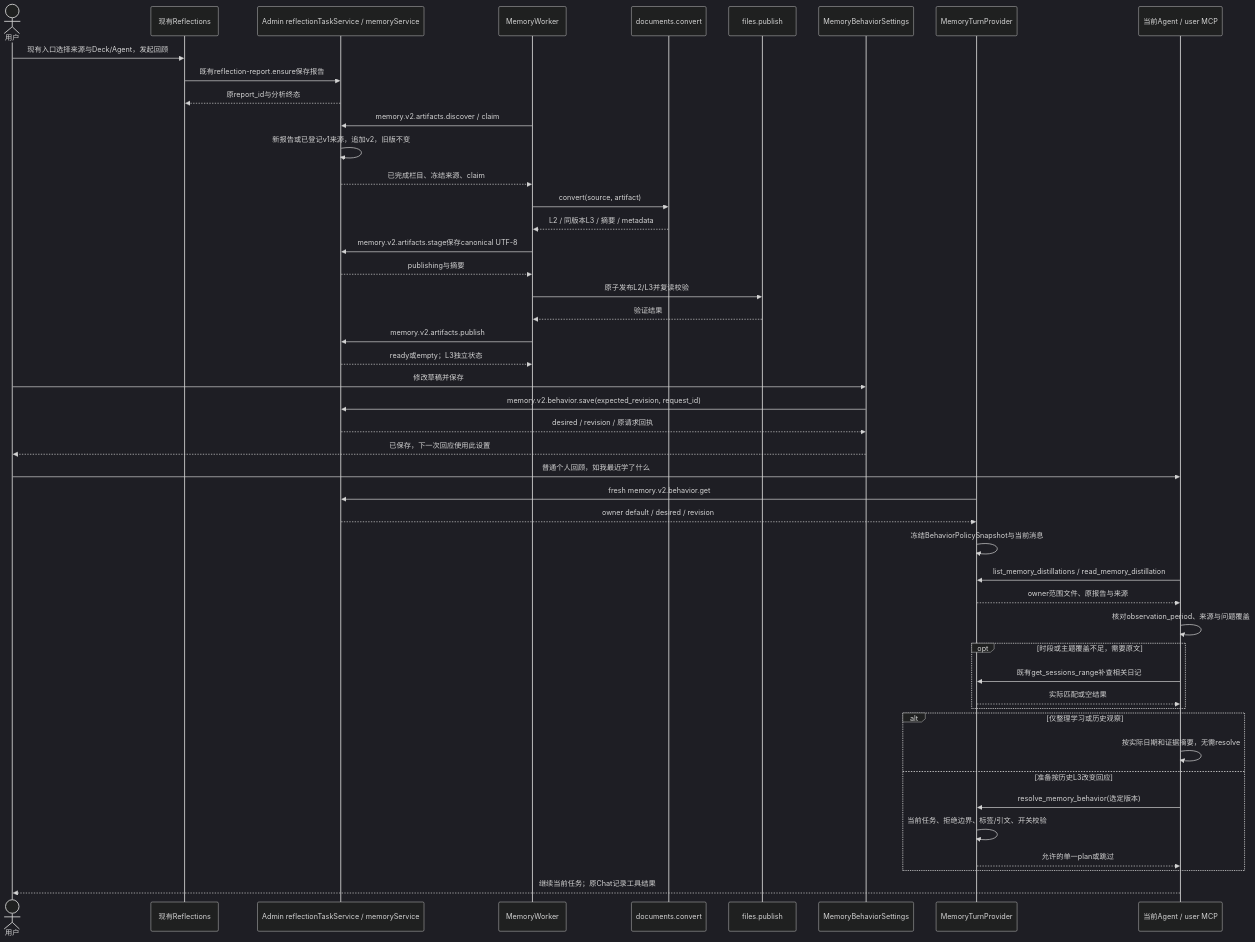
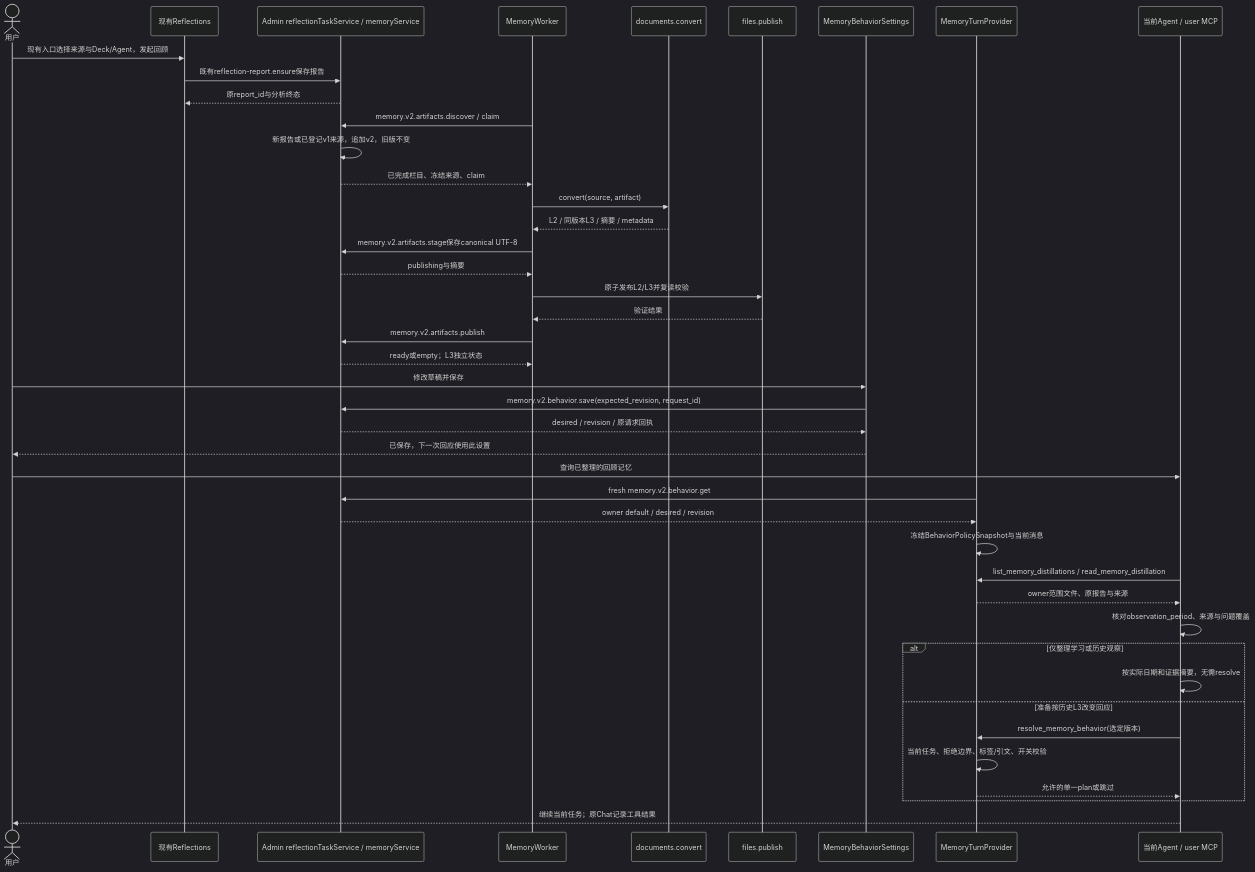
One commit to glide-the/im-dream changed the first of 3 diagrams in docs/design/memory/reflections-agent-memory-interaction-design.md. Above: the diagram before and after it, drawn with Mermaid (dark theme). The commit also changed other lines of this file and 12 other files, not shown here.

````diff
--- a/docs/design/memory/reflections-agent-memory-interaction-design.md
+++ b/docs/design/memory/reflections-agent-memory-interaction-design.md
@@ -148,49 +149,45 @@
 ```mermaid
 sequenceDiagram
     actor U as 用户
     participant R as 现有Reflections
     participant A as Admin reflectionTaskService / memoryService
     participant W as MemoryWorker
     participant D as documents.convert
     participant F as files.publish
     participant S as MemoryBehaviorSettings
     participant H as MemoryTurnProvider
     participant M as 当前Agent / user MCP
     U->>R: 现有入口选择来源与Deck/Agent，发起回顾
     R->>A: 既有reflection-report.ensure保存报告
     A-->>R: 原report_id与分析终态
     W->>A: memory.v2.artifacts.discover / claim
     A->>A: 新报告或已登记v1来源，追加v2，旧版不变
     A-->>W: 已完成栏目、冻结来源、claim
     W->>D: convert(source, artifact)
     D-->>W: L2 / 同版本L3 / 摘要 / metadata
     W->>A: memory.v2.artifacts.stage保存canonical UTF-8
     A-->>W: publishing与摘要
     W->>F: 原子发布L2/L3并复读校验
     F-->>W: 验证结果
     W->>A: memory.v2.artifacts.publish
     A-->>W: ready或empty；L3独立状态
     U->>S: 修改草稿并保存
     S->>A: memory.v2.behavior.save(expected_revision, request_id)
     A-->>S: desired / revision / 原请求回执
     S-->>U: 已保存，下一次回应使用此设置
-    U->>M: 普通个人回顾，如我最近学了什么
+    U->>M: 查询已整理的回顾记忆
     H->>A: fresh memory.v2.behavior.get
     A-->>H: owner default / desired / revision
     H->>H: 冻结BehaviorPolicySnapshot与当前消息
     M->>H: list_memory_distillations / read_memory_distillation
     H-->>M: owner范围文件、原报告与来源
     M->>M: 核对observation_period、来源与问题覆盖
-    opt 时段或主题覆盖不足，需要原文
-        M->>H: 既有get_sessions_range补查相关日记
-        H-->>M: 实际匹配或空结果
-    end
     alt 仅整理学习或历史观察
         M->>M: 按实际日期和证据摘要，无需resolve
     else 准备按历史L3改变回应
         M->>H: resolve_memory_behavior(选定版本)
         H->>H: 当前任务、拒绝边界、标签/引文、开关校验
         H-->>M: 允许的单一plan或跳过
     end
     M-->>U: 继续当前任务；原Chat记录工具结果
 ```
````
